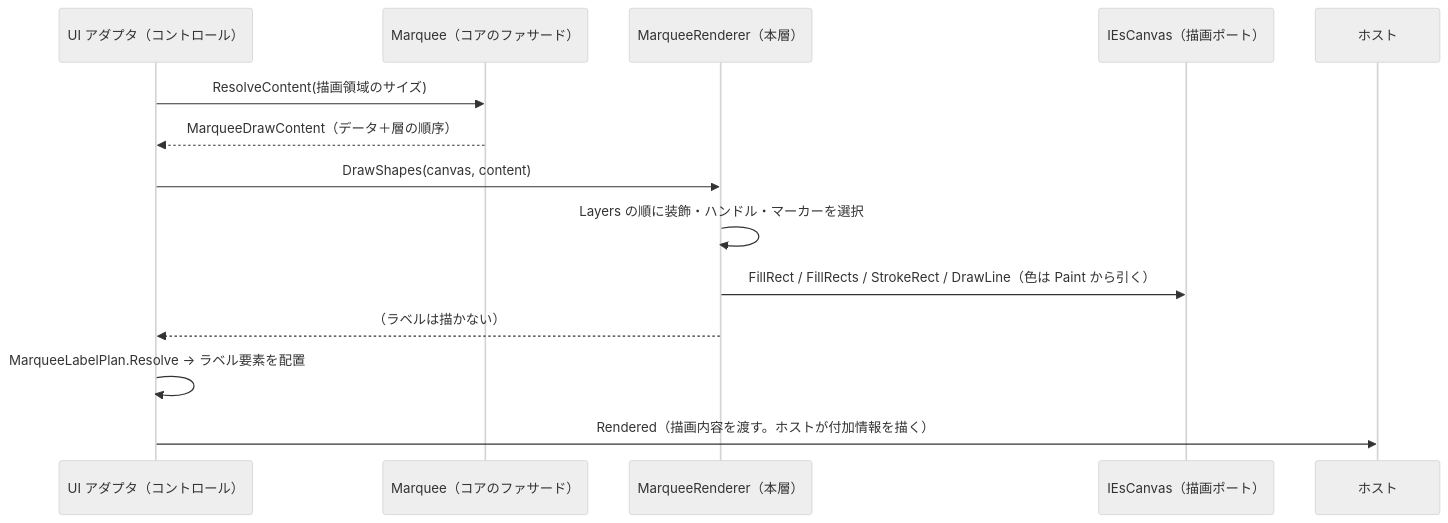
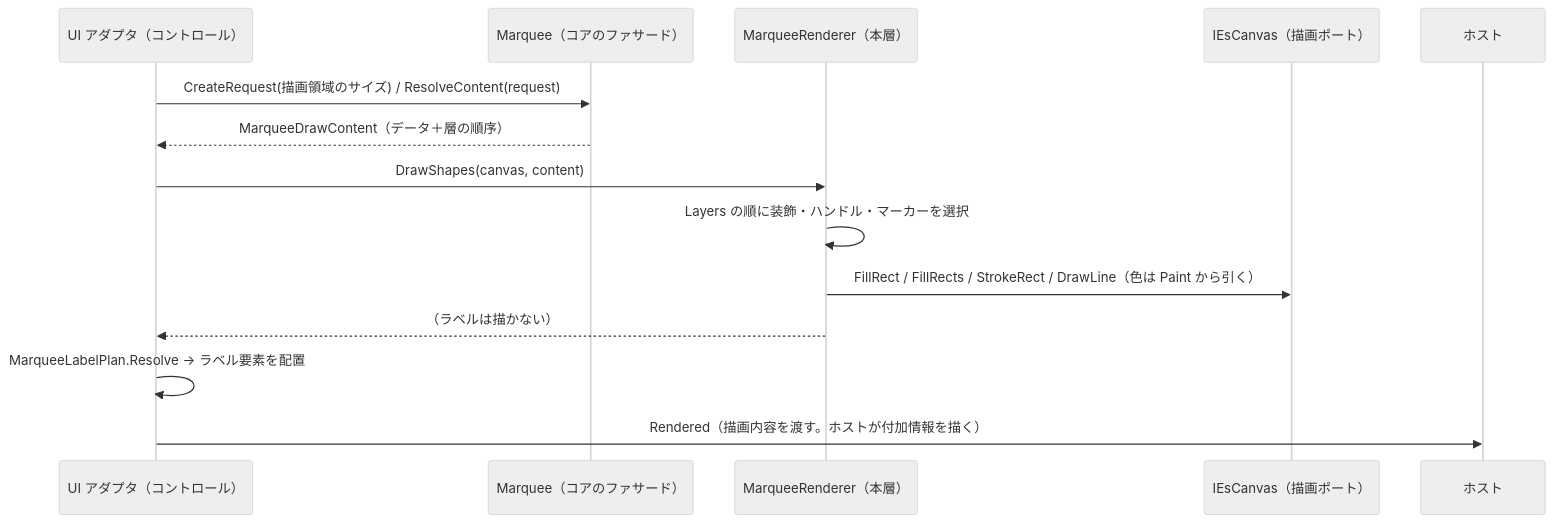
The first of 4 diagrams in src/MarqueeControl.UIBase/SPEC_System.md (tomokuni/SaveEvidence), drawn with Mermaid (neutral theme) before and after one commit. The commit also changed other lines of this file and 19 other files, not shown here.

````diff
--- a/src/MarqueeControl.UIBase/SPEC_System.md
+++ b/src/MarqueeControl.UIBase/SPEC_System.md
@@ -54,17 +54,17 @@
 ```mermaid
 sequenceDiagram
     participant UI as UI アダプタ（コントロール）
     participant M as Marquee（コアのファサード）
     participant R as MarqueeRenderer（本層）
     participant C as IEsCanvas（描画ポート）
     participant H as ホスト
 
-    UI->>M: ResolveContent(描画領域のサイズ)
+    UI->>M: CreateRequest(描画領域のサイズ) / ResolveContent(request)
     M-->>UI: MarqueeDrawContent（データ＋層の順序）
     UI->>R: DrawShapes(canvas, content)
     R->>R: Layers の順に装飾・ハンドル・マーカーを選択
     R->>C: FillRect / FillRects / StrokeRect / DrawLine（色は Paint から引く）
     R-->>UI: （ラベルは描かない）
     UI->>UI: MarqueeLabelPlan.Resolve → ラベル要素を配置
     UI->>H: Rendered（描画内容を渡す。ホストが付加情報を描く）
 ```
````
